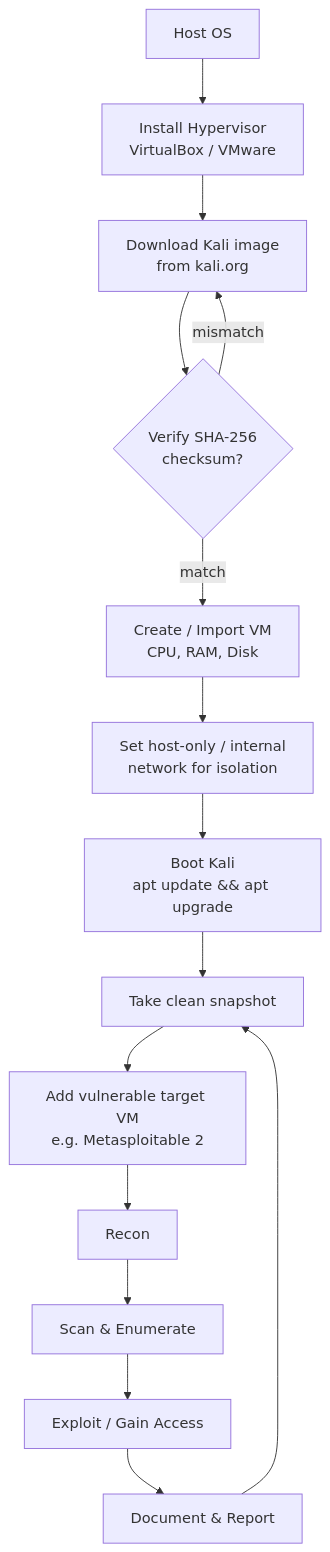
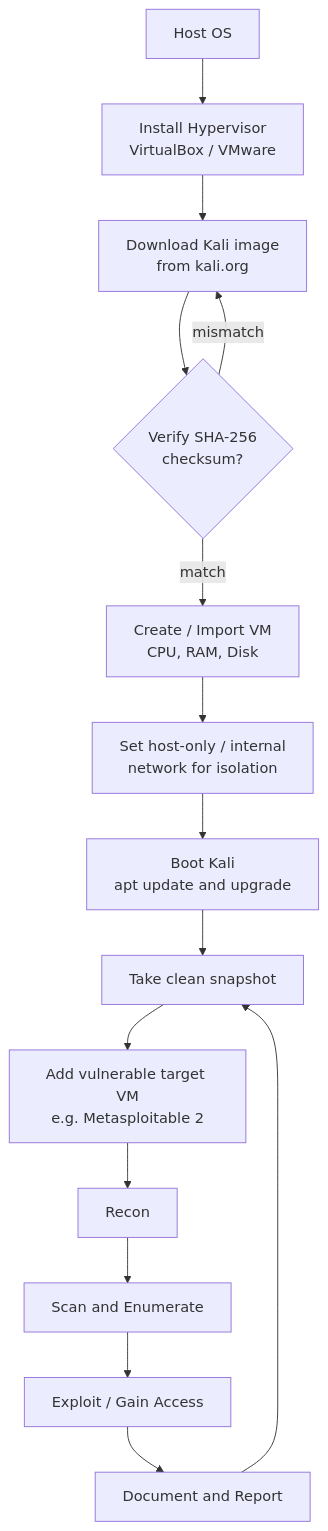
Before and after one commit to AbhisHub-12/ccsp: the second of 4 diagrams in 02-professional-level-1/module-01-cyber-security-introduction.md, drawn with Mermaid. The commit also changed other lines of this file and 13 other files, not shown here.

First line of the commit message:
Enhance modules with visuals: more diagrams, tables, images, callouts

````diff
--- a/02-professional-level-1/module-01-cyber-security-introduction.md
+++ b/02-professional-level-1/module-01-cyber-security-introduction.md
@@ -105,17 +127,17 @@
 ```mermaid
 flowchart TD
     A[Host OS] --> B[Install Hypervisor<br/>VirtualBox / VMware]
     B --> C[Download Kali image<br/>from kali.org]
     C --> D{Verify SHA-256<br/>checksum?}
     D -- match --> E[Create / Import VM<br/>CPU, RAM, Disk]
     D -- mismatch --> C
     E --> F[Set host-only / internal<br/>network for isolation]
-    F --> G[Boot Kali<br/>apt update && apt upgrade]
+    F --> G[Boot Kali<br/>apt update and upgrade]
     G --> H[Take clean snapshot]
     H --> I[Add vulnerable target VM<br/>e.g. Metasploitable 2]
     I --> J[Recon]
-    J --> K[Scan & Enumerate]
+    J --> K[Scan and Enumerate]
     K --> L[Exploit / Gain Access]
-    L --> M[Document & Report]
+    L --> M[Document and Report]
     M --> H
 ```
````
